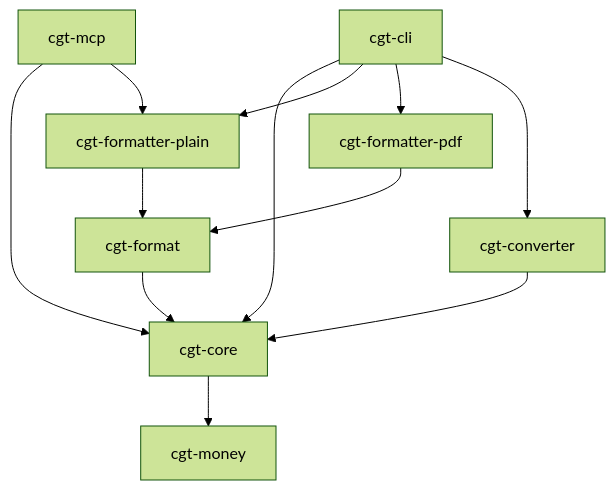
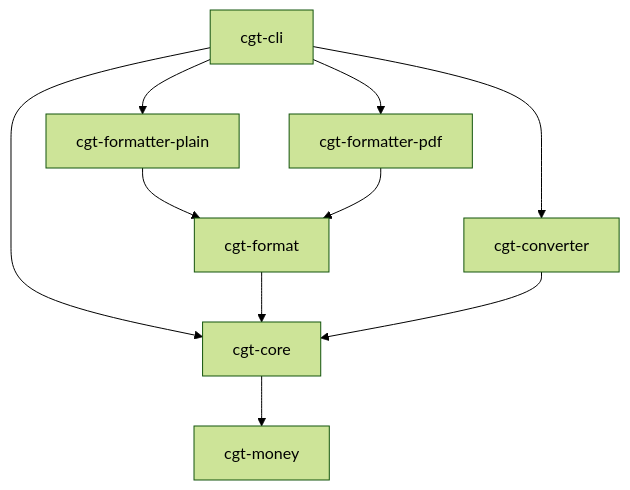
Before and after one commit to velikodniy/cgt-tool: the diagram in docs/architecture.md, drawn with Mermaid (forest theme). The commit also changed other lines of this file and 12 other files, not shown here.

````diff
--- a/docs/architecture.md
+++ b/docs/architecture.md
@@ -5,17 +5,14 @@
 ```mermaid
 graph TD
     cgt-cli --> cgt-core
     cgt-cli --> cgt-formatter-plain
     cgt-cli --> cgt-formatter-pdf
     cgt-cli --> cgt-converter
-
-    cgt-mcp --> cgt-core
-    cgt-mcp --> cgt-formatter-plain
 
     cgt-formatter-plain --> cgt-format
     cgt-formatter-pdf --> cgt-format
     cgt-format --> cgt-core
 
     cgt-converter --> cgt-core
     cgt-core --> cgt-money
 ```
````
